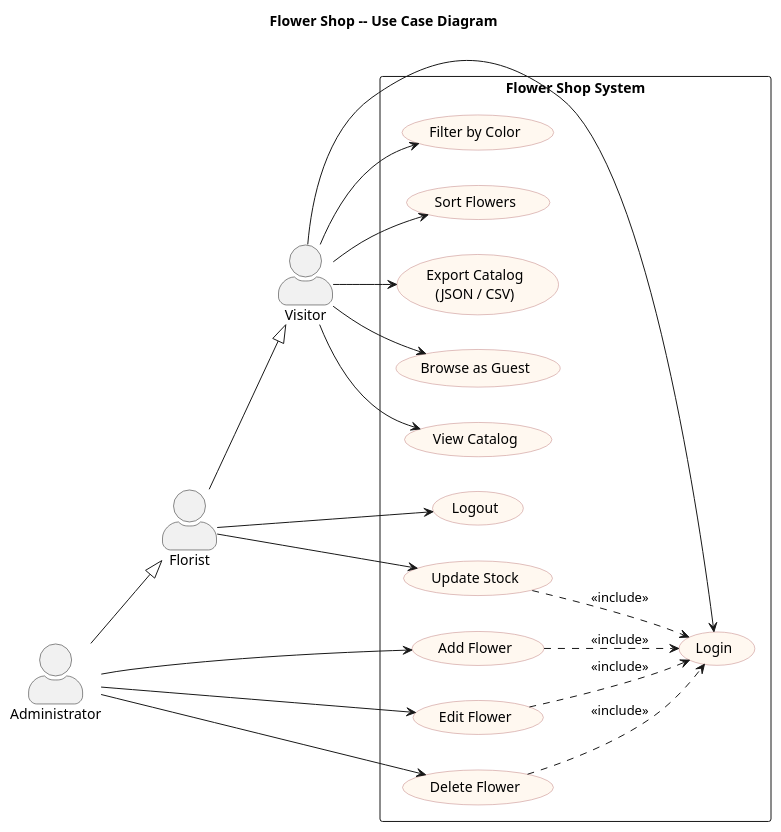
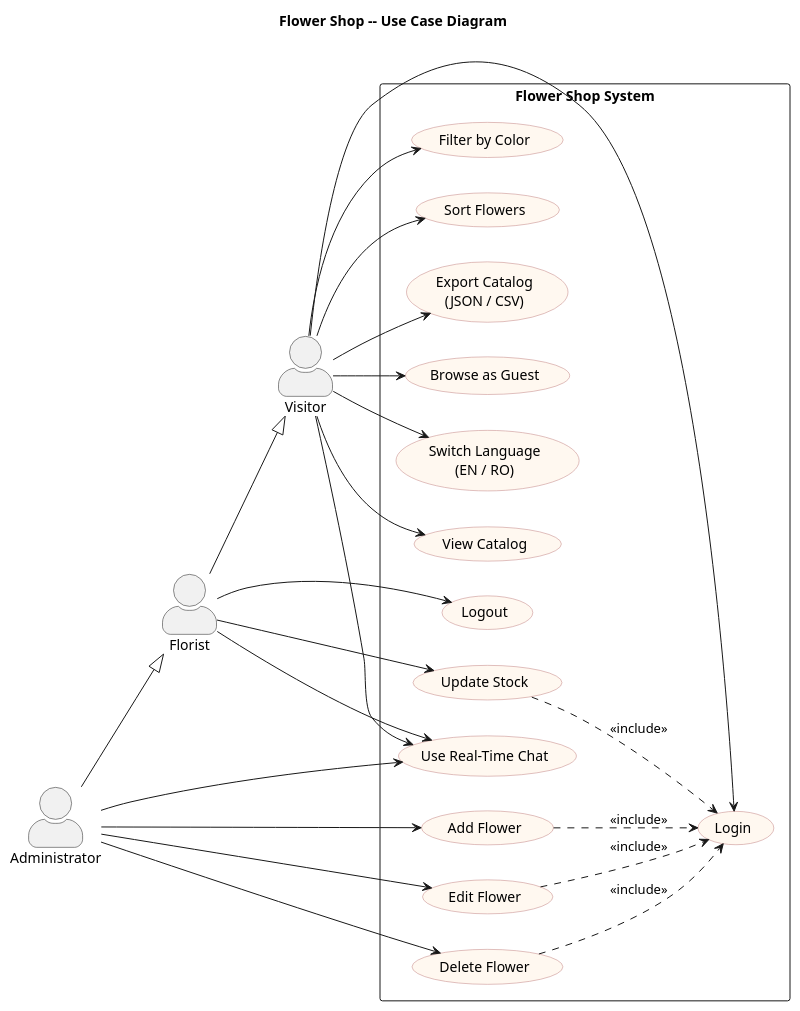
Before and after one commit to oli26567/SDFlowerShop: the diagram in documentatie/use_case_diagram.puml, drawn with PlantUML. The commit also changed 38 other files, not shown here.

Commit message:
Implement final client-server flower shop project

```diff
--- a/documentatie/use_case_diagram.puml
+++ b/documentatie/use_case_diagram.puml
@@ -1,54 +1,60 @@
 @startuml use_case_diagram
 left to right direction
 
 skinparam actorStyle awesome
 skinparam usecase {
     BackgroundColor #FFF8F0
     BorderColor #C08080
 }
 
 title Flower Shop -- Use Case Diagram
 
 actor Visitor as V
 actor Florist as F
 actor Administrator as A
 
 F --|> V
 A --|> F
 
 rectangle "Flower Shop System" {
 
     usecase "View Catalog" as UC1
     usecase "Filter by Color" as UC2
     usecase "Sort Flowers" as UC3
     usecase "Export Catalog\n(JSON / CSV)" as UC4
     usecase "Browse as Guest" as UC5
     usecase "Login" as UC6
     usecase "Logout" as UC7
     usecase "Update Stock" as UC8
     usecase "Add Flower" as UC9
     usecase "Edit Flower" as UC10
     usecase "Delete Flower" as UC11
+    usecase "Switch Language\n(EN / RO)" as UC12
+    usecase "Use Real-Time Chat" as UC13
 
 }
 
 V --> UC1
 V --> UC2
 V --> UC3
 V --> UC4
 V --> UC5
 V --> UC6
+V --> UC12
+V --> UC13
 
 F --> UC7
 F --> UC8
+F --> UC13
 
 A --> UC9
 A --> UC10
 A --> UC11
+A --> UC13
 
 UC8 ..> UC6 : <<include>>
 UC9 ..> UC6 : <<include>>
 UC10 ..> UC6 : <<include>>
 UC11 ..> UC6 : <<include>>
 
 @enduml
```
